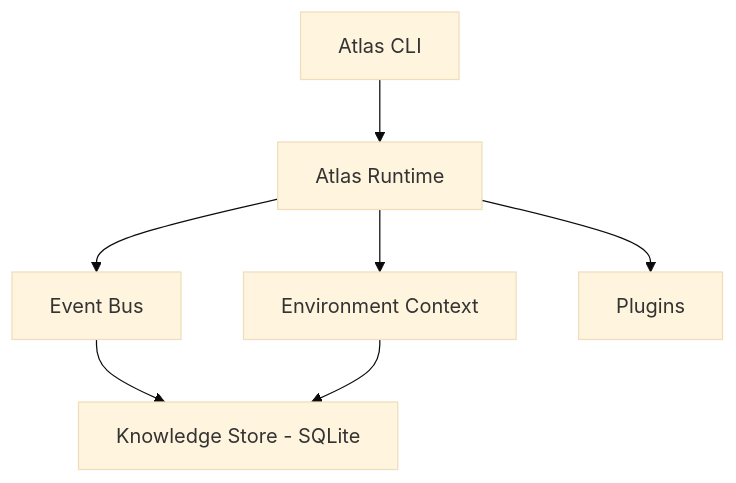
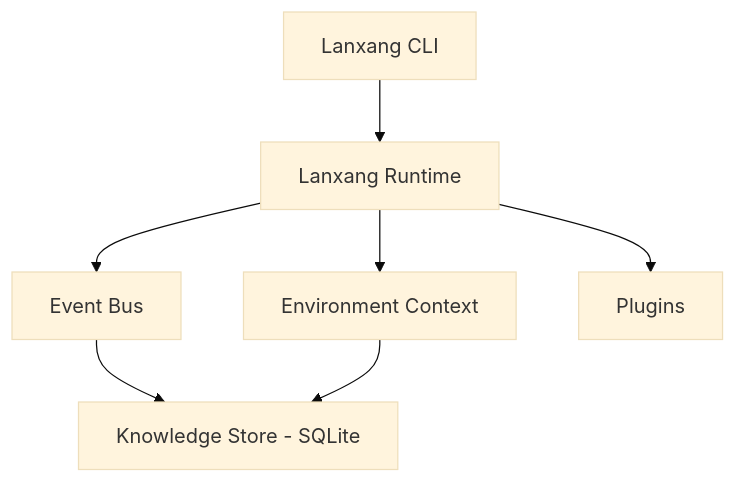
One commit to Cyb3rRon1n/atlas changed the diagram in docs/architecture/index.md. Above: the diagram before and after it, drawn with Mermaid (base theme). The commit also changed other lines of this file and 25 other files, not shown here.

````diff
--- a/docs/architecture/index.md
+++ b/docs/architecture/index.md
@@ -5,9 +5,9 @@
 ```mermaid
 graph TD
-    A[Atlas CLI] --> B[Atlas Runtime]
+    A[Lanxang CLI] --> B[Lanxang Runtime]
     B --> C[Event Bus]
     B --> D[Environment Context]
     B --> E[Plugins]
     C --> F[Knowledge Store - SQLite]
     D --> F
 ```
````
